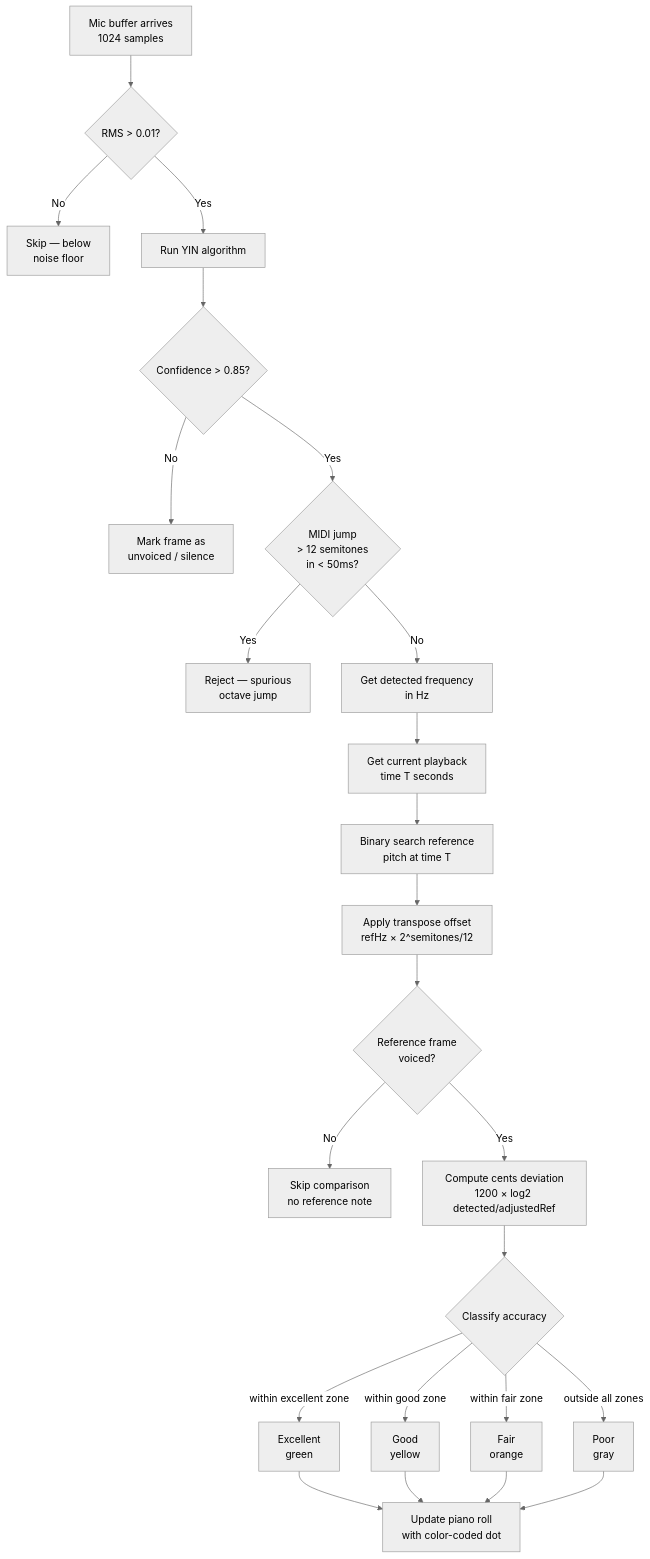
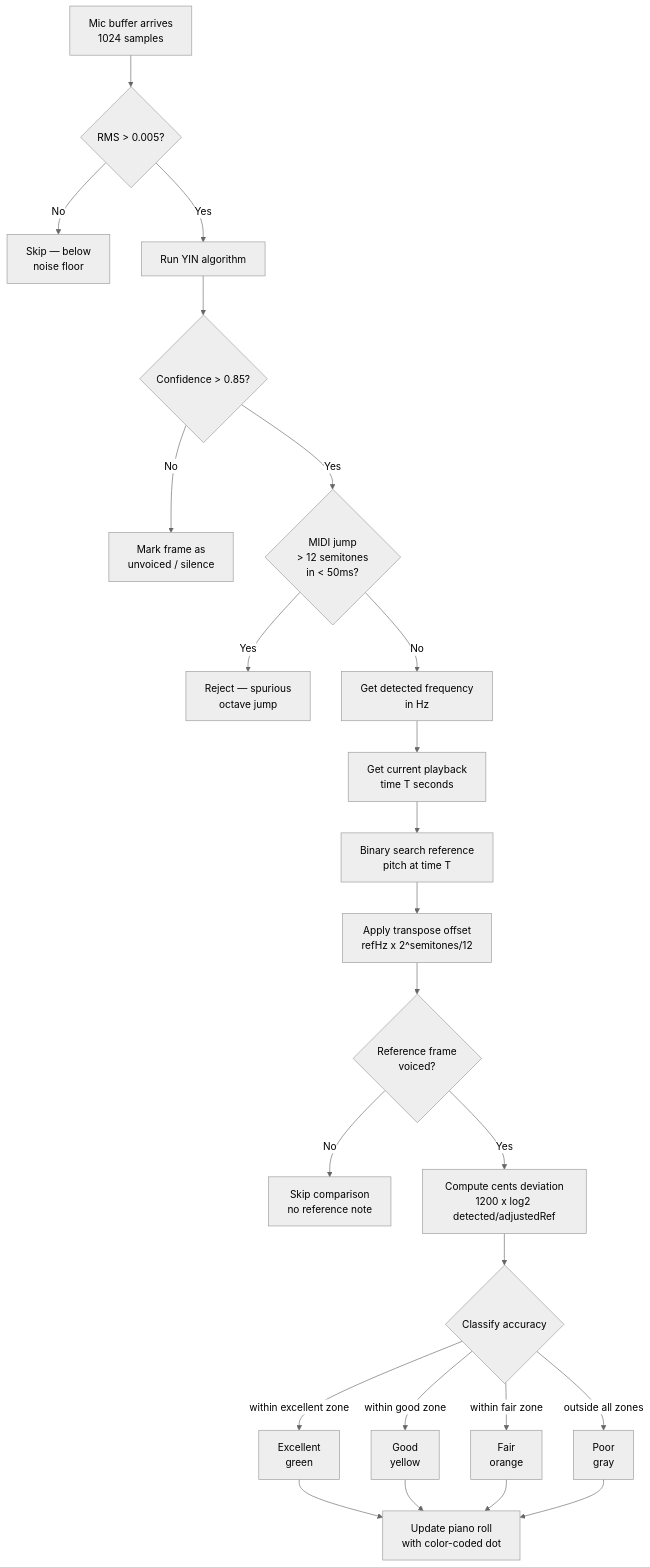
Before and after one commit to pawelgawliczek/intonavio-local: the second of 3 diagrams in docs/06-realtime-pitch.md, drawn with Mermaid (neutral theme). The commit also changed other lines of this file and 88 other files, not shown here.

First line of the commit message:
Migrate to fully on-device architecture

````diff
--- a/docs/06-realtime-pitch.md
+++ b/docs/06-realtime-pitch.md
@@ -112,30 +92,30 @@
 ```mermaid
 flowchart TD
-    A[Mic buffer arrives<br/>1024 samples] --> A1{RMS > 0.01?}
+    A[Mic buffer arrives<br/>1024 samples] --> A1{RMS > 0.005?}
     A1 -->|No| D[Skip — below<br/>noise floor]
     A1 -->|Yes| B[Run YIN algorithm]
     B --> C{Confidence > 0.85?}
     C -->|No| D2[Mark frame as<br/>unvoiced / silence]
     C -->|Yes| C2{MIDI jump<br/>> 12 semitones<br/>in < 50ms?}
     C2 -->|Yes| D3[Reject — spurious<br/>octave jump]
     C2 -->|No| E[Get detected frequency<br/>in Hz]
 
     E --> F[Get current playback<br/>time T seconds]
     F --> G[Binary search reference<br/>pitch at time T]
-    G --> G2[Apply transpose offset<br/>refHz × 2^semitones/12]
+    G --> G2[Apply transpose offset<br/>refHz x 2^semitones/12]
     G2 --> H{Reference frame<br/>voiced?}
 
     H -->|No| I[Skip comparison<br/>no reference note]
-    H -->|Yes| J[Compute cents deviation<br/>1200 × log2 detected/adjustedRef]
+    H -->|Yes| J[Compute cents deviation<br/>1200 x log2 detected/adjustedRef]
 
     J --> K{Classify accuracy}
     K -->|within excellent zone| L[Excellent<br/>green]
     K -->|within good zone| M[Good<br/>yellow]
     K -->|within fair zone| N[Fair<br/>orange]
     K -->|outside all zones| O[Poor<br/>gray]
 
     L --> P[Update piano roll<br/>with color-coded dot]
     M --> P
     N --> P
     O --> P
 ```
````
